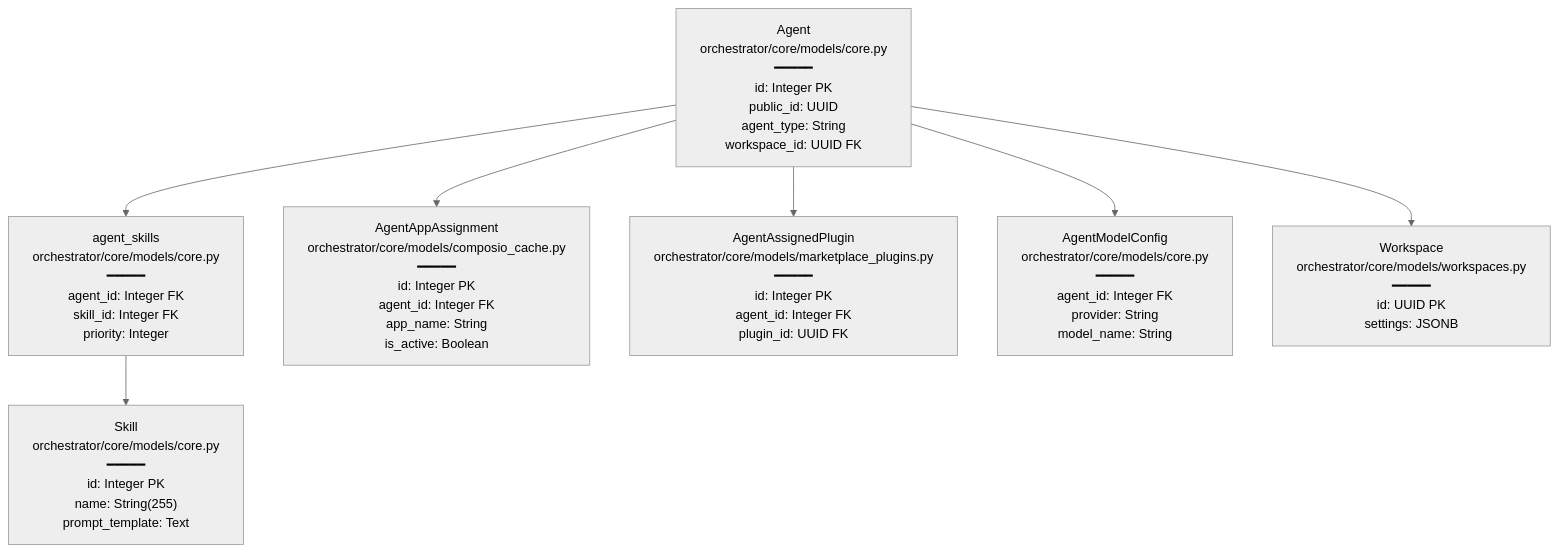
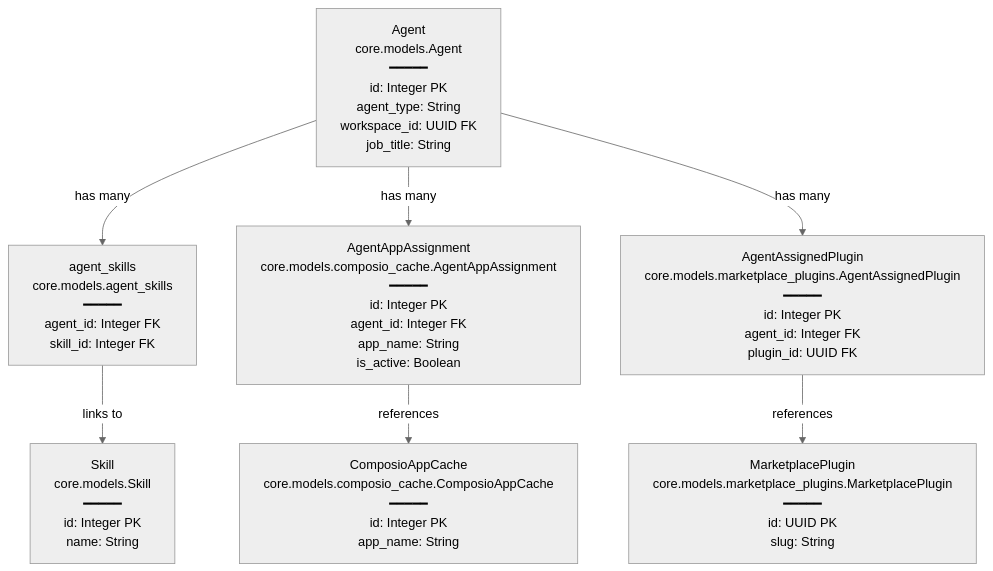
The first of 2 diagrams in docs/agents/_index.md (AutomatosAI/automatos-ai), drawn with Mermaid (neutral theme) before and after one commit. The commit also changed other lines of this file and 188 other files, not shown here.

First line of the commit message:
docs: refresh architecture docs and add coverage for new subsystems (#1416)

````diff
--- a/docs/agents/_index.md
+++ b/docs/agents/_index.md
@@ -48,23 +72,17 @@
 ```mermaid
-graph TB
-    Agent["Agent<br/>orchestrator/core/models/core.py<br/>━━━━━<br/>id: Integer PK<br/>public_id: UUID<br/>agent_type: String<br/>workspace_id: UUID FK"]
+graph TD
+    Agent["Agent<br/>core.models.Agent<br/>━━━━━<br/>id: Integer PK<br/>agent_type: String<br/>workspace_id: UUID FK<br/>job_title: String"]
+    AgentSkills["agent_skills<br/>core.models.agent_skills<br/>━━━━━<br/>agent_id: Integer FK<br/>skill_id: Integer FK"]
+    Skill["Skill<br/>core.models.Skill<br/>━━━━━<br/>id: Integer PK<br/>name: String"]
+    AgentAppAssignment["AgentAppAssignment<br/>core.models.composio_cache.AgentAppAssignment<br/>━━━━━<br/>id: Integer PK<br/>agent_id: Integer FK<br/>app_name: String<br/>is_active: Boolean"]
+    AgentAssignedPlugin["AgentAssignedPlugin<br/>core.models.marketplace_plugins.AgentAssignedPlugin<br/>━━━━━<br/>id: Integer PK<br/>agent_id: Integer FK<br/>plugin_id: UUID FK"]
+    ComposioAppCache["ComposioAppCache<br/>core.models.composio_cache.ComposioAppCache<br/>━━━━━<br/>id: Integer PK<br/>app_name: String"]
+    MarketplacePlugin["MarketplacePlugin<br/>core.models.marketplace_plugins.MarketplacePlugin<br/>━━━━━<br/>id: UUID PK<br/>slug: String"]
     
-    Skills["agent_skills<br/>orchestrator/core/models/core.py<br/>━━━━━<br/>agent_id: Integer FK<br/>skill_id: Integer FK<br/>priority: Integer"]
-    
-    SkillTable["Skill<br/>orchestrator/core/models/core.py<br/>━━━━━<br/>id: Integer PK<br/>name: String(255)<br/>prompt_template: Text"]
-    
-    Tools["AgentAppAssignment<br/>orchestrator/core/models/composio_cache.py<br/>━━━━━<br/>id: Integer PK<br/>agent_id: Integer FK<br/>app_name: String<br/>is_active: Boolean"]
-    
-    Plugins["AgentAssignedPlugin<br/>orchestrator/core/models/marketplace_plugins.py<br/>━━━━━<br/>id: Integer PK<br/>agent_id: Integer FK<br/>plugin_id: UUID FK"]
-    
-    LLMConfig["AgentModelConfig<br/>orchestrator/core/models/core.py<br/>━━━━━<br/>agent_id: Integer FK<br/>provider: String<br/>model_name: String"]
-    
-    Workspace["Workspace<br/>orchestrator/core/models/workspaces.py<br/>━━━━━<br/>id: UUID PK<br/>settings: JSONB"]
-    
-    Agent --> Skills
-    Skills --> SkillTable
-    Agent --> Tools
-    Agent --> Plugins
-    Agent --> LLMConfig
-    Agent --> Workspace
+    Agent -->|"has many"| AgentSkills
+    AgentSkills -->|"links to"| Skill
+    Agent -->|"has many"| AgentAppAssignment
+    AgentAppAssignment -->|"references"| ComposioAppCache
+    Agent -->|"has many"| AgentAssignedPlugin
+    AgentAssignedPlugin -->|"references"| MarketplacePlugin
 ```
````
